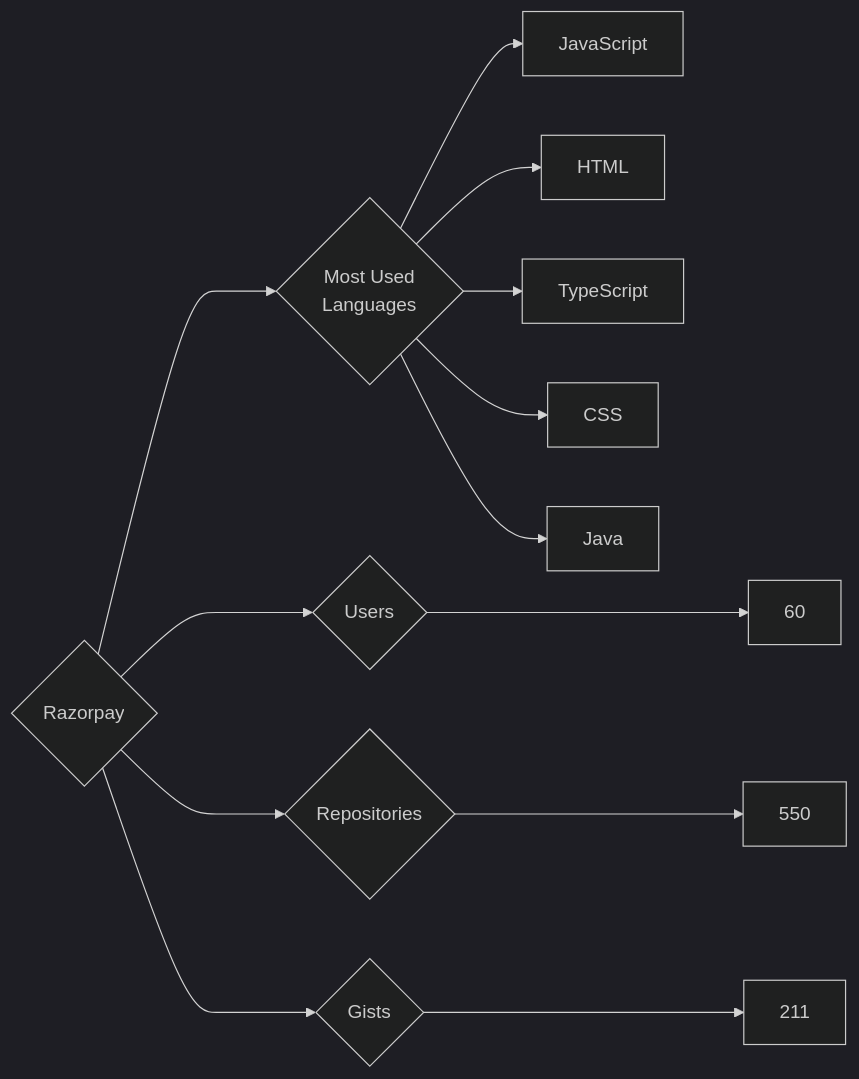
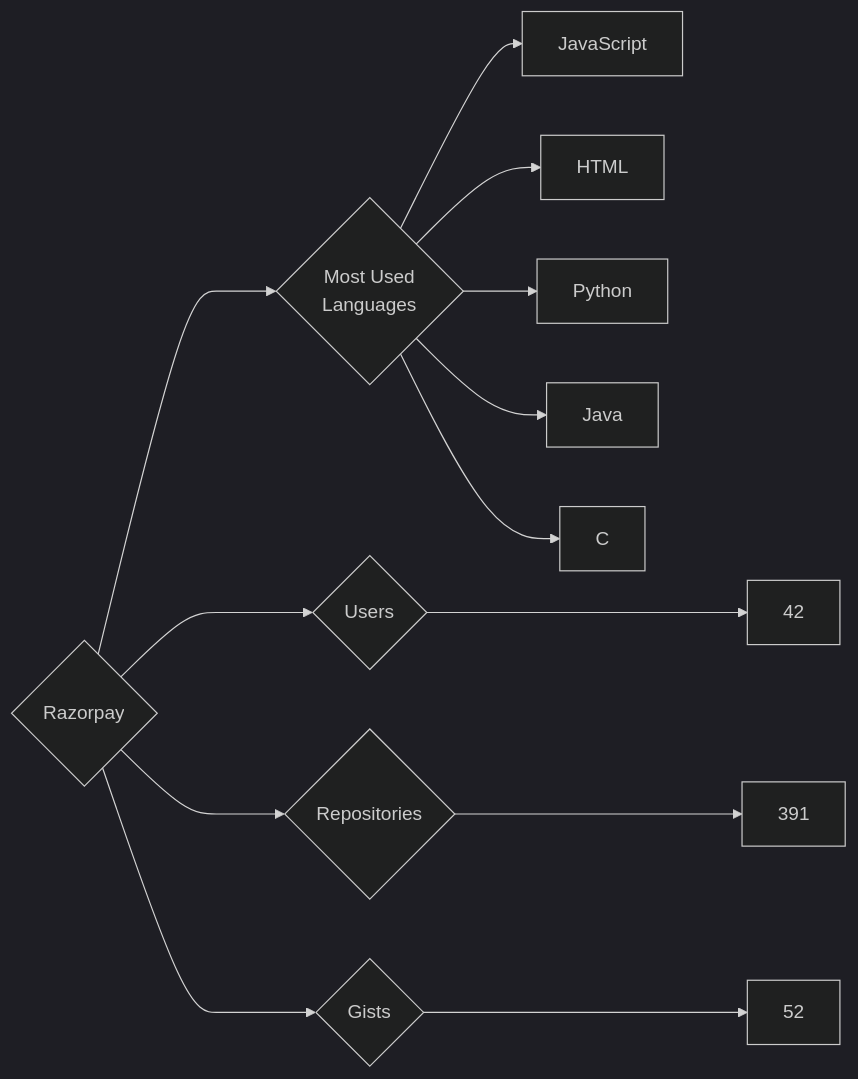
The diagram in targets/Razorpay/README.md (trickest/insiders), drawn with Mermaid (dark theme) before and after one commit. The commit also changed 748 other files, not shown here.

````diff
--- a/targets/Razorpay/README.md
+++ b/targets/Razorpay/README.md
@@ -3,13 +3,13 @@
 ```mermaid
 graph LR
 COMPANY_NAME{Razorpay}
-COMPANY_NAME ---> U{Users} ---> UN[60]
-COMPANY_NAME ---> R{Repositories} ---> RN[550]
-COMPANY_NAME ---> G{Gists} ---> GN[211]
+COMPANY_NAME ---> U{Users} ---> UN[42]
+COMPANY_NAME ---> R{Repositories} ---> RN[391]
+COMPANY_NAME ---> G{Gists} ---> GN[52]
 COMPANY_NAME ---> ML{Most Used<br>Languages}
 ML --> JavaScript[JavaScript]
 ML --> HTML[HTML]
-ML --> TypeScript[TypeScript]
-ML --> CSS[CSS]
+ML --> Python[Python]
 ML --> Java[Java]
+ML --> C[C]
 ```
````
